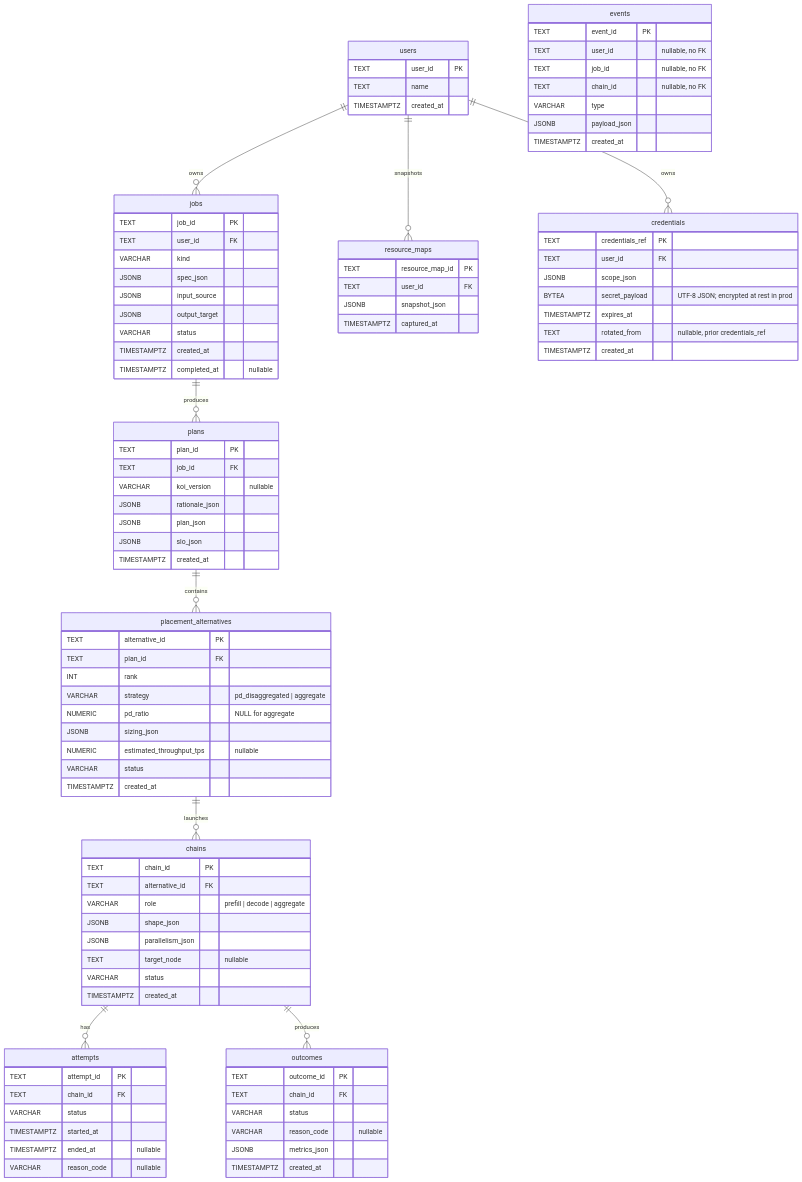
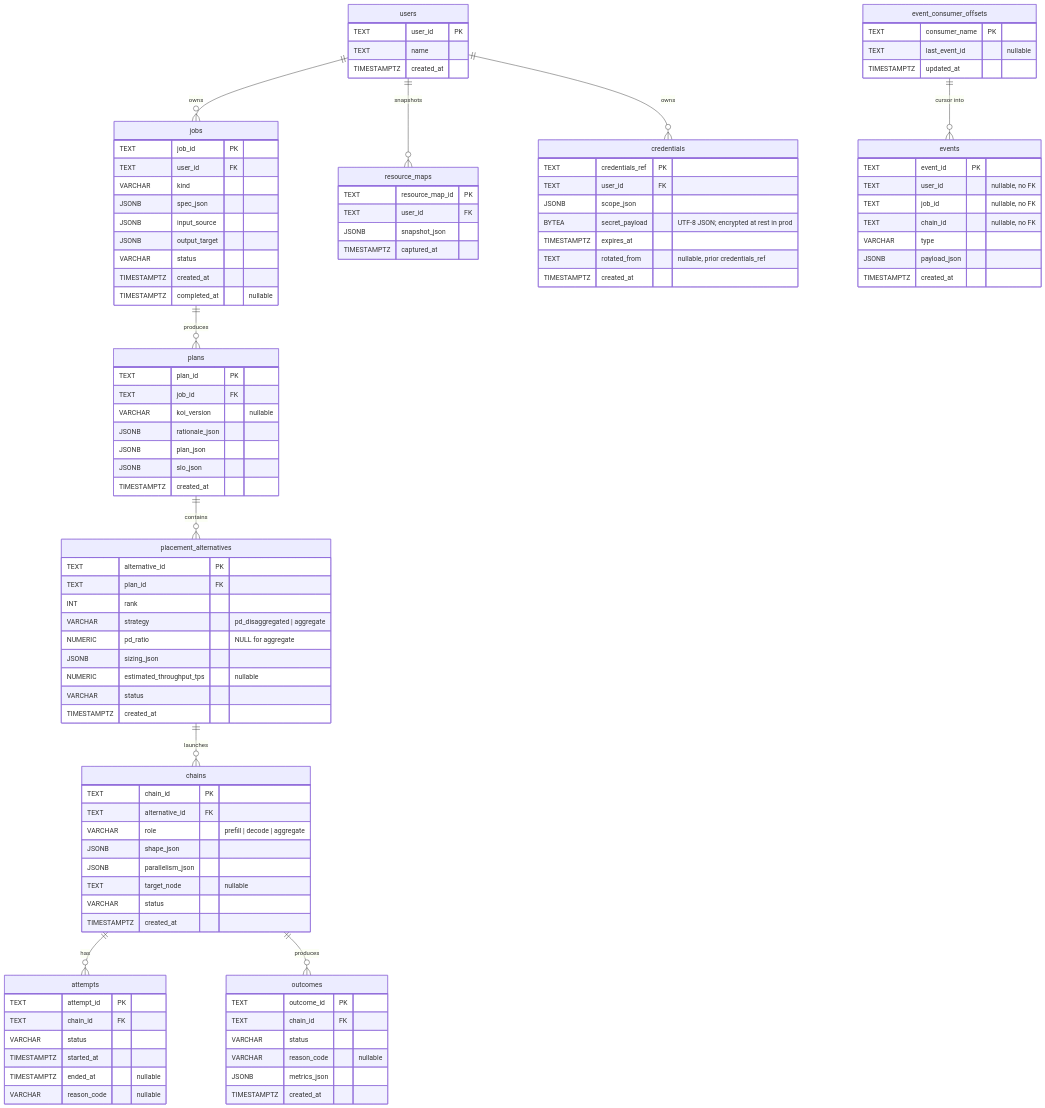
The diagram in DATABASE.md (Tandemn-Labs/tandemn-store), drawn with Mermaid before and after one commit. The commit also changed other lines of this file and 25 other files, not shown here.

```diff
--- a/DATABASE.md
+++ b/DATABASE.md
@@ -27,6 +27,7 @@
 
     chains ||--o{ attempts  : "has"
     chains ||--o{ outcomes  : "produces"
+    event_consumer_offsets ||--o{ events : "cursor into"
 
     users {
       TEXT user_id PK
@@ -114,6 +115,12 @@
       TIMESTAMPTZ created_at
     }
 
+    event_consumer_offsets {
+      TEXT consumer_name PK
+      TEXT last_event_id "nullable"
+      TIMESTAMPTZ updated_at
+    }
+
     credentials {
       TEXT credentials_ref PK
       TEXT user_id FK
```
